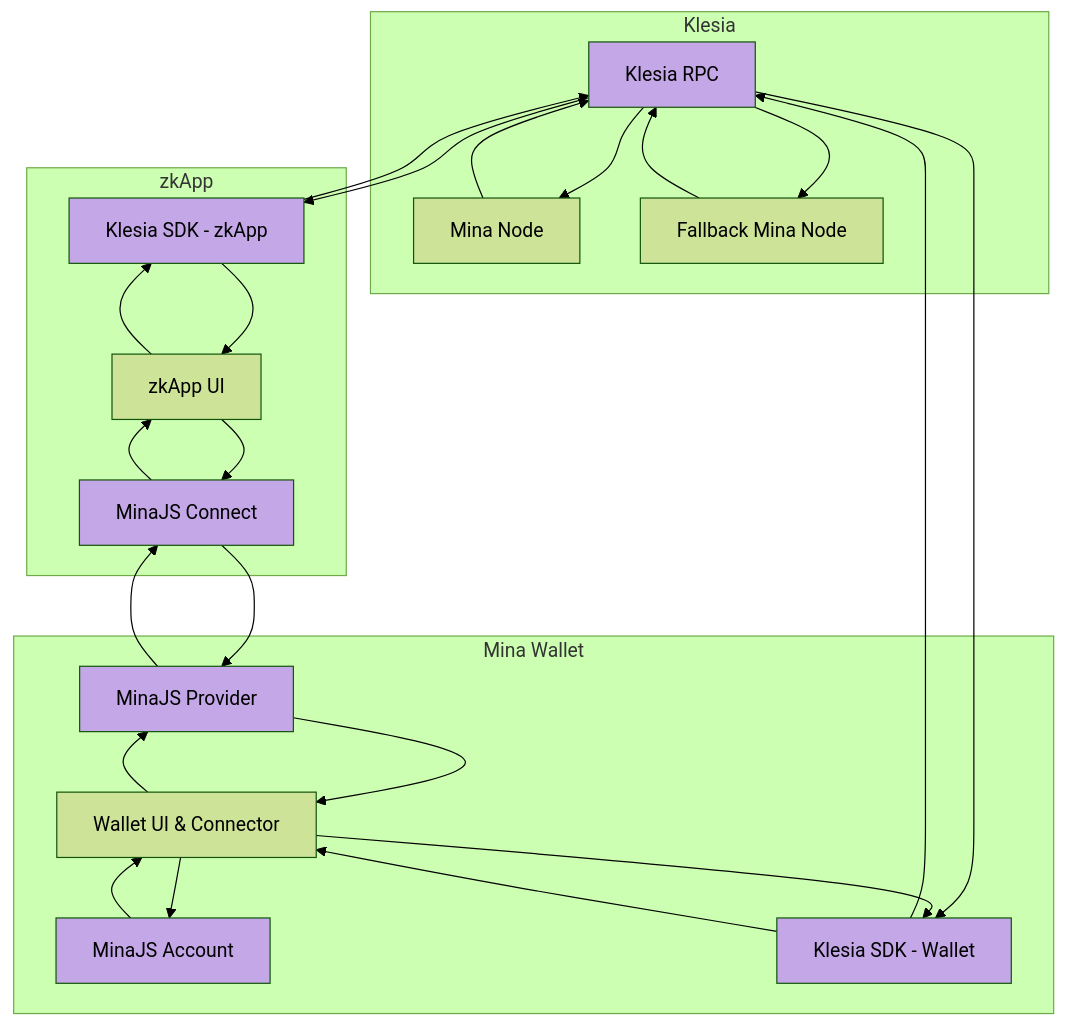
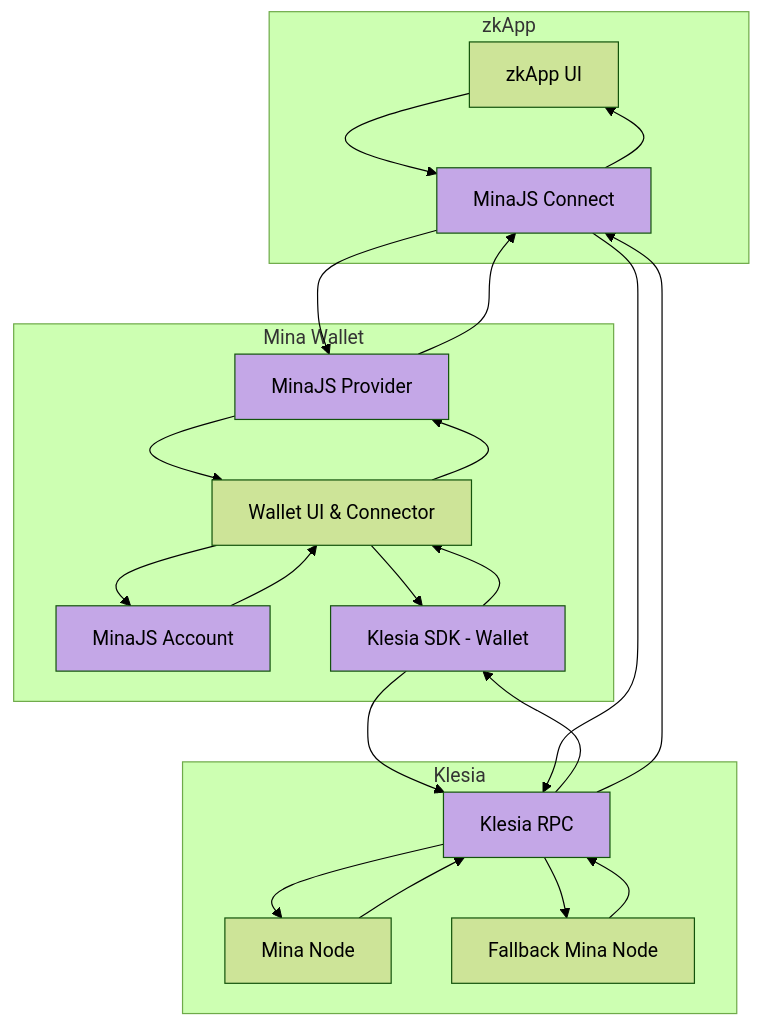
One commit to palladians/mina-js changed the diagram in apps/docs/src/pages/about.mdx. Above: the diagram before and after it, drawn with Mermaid (forest theme). The commit also changed 17 other files, not shown here.

````diff
--- a/apps/docs/src/pages/about.mdx
+++ b/apps/docs/src/pages/about.mdx
@@ -22,33 +22,31 @@
 ```mermaid
 graph TD
   classDef MinaJS fill:#C4A7E7,color:#000000
 
-  subgraph Klesia
-  G[Klesia RPC]:::MinaJS --> H[Mina Node]
-  H[Mina Node] --> G[Klesia RPC]
-  G[Klesia RPC]:::MinaJS --> J[Fallback Mina Node]
-  J[Fallback Mina Node] --> G[Klesia RPC]
-  end
-
   subgraph zkApp
   B[zkApp UI] --> C[MinaJS Connect]
   C[MinaJS Connect]:::MinaJS --> B[zkApp UI]
-  B[zkApp UI] --> I1[Klesia SDK - zkApp]
-  I1[Klesia SDK - zkApp]:::MinaJS --> G[Klesia RPC]
-  I1[Klesia SDK - zkApp]:::MinaJS --> B[zkApp UI]
-  G[Klesia RPC]:::MinaJS --> I1[Klesia SDK - zkApp]
   end
 
   subgraph Mina Wallet
   C[MinaJS Connect]:::MinaJS --> D[MinaJS Provider]
   D[MinaJS Provider]:::MinaJS --> C[MinaJS Connect]
   D[MinaJS Provider]:::MinaJS --> E[Wallet UI & Connector]
   E[Wallet UI & Connector] --> D[MinaJS Provider]
   E[Wallet UI & Connector] --> F[MinaJS Account]
   F[MinaJS Account]:::MinaJS --> E[Wallet UI & Connector]
-  I2[Klesia SDK - Wallet]:::MinaJS --> G[Klesia RPC]
-  G[Klesia RPC]:::MinaJS --> I2[Klesia SDK - Wallet]
   E[Wallet UI & Connector] --> I2[Klesia SDK - Wallet]
   I2[Klesia SDK - Wallet]:::MinaJS --> E[Wallet UI & Connector]
   end
+
+  subgraph Klesia
+  I2[Klesia SDK - Wallet]:::MinaJS --> G[Klesia RPC]
+  G[Klesia RPC]:::MinaJS --> H[Mina Node]
+  H[Mina Node] --> G[Klesia RPC]
+  G[Klesia RPC]:::MinaJS --> J[Fallback Mina Node]
+  J[Fallback Mina Node] --> G[Klesia RPC]
+  G[Klesia RPC]:::MinaJS --> I2[Klesia SDK - Wallet]
+  C[MinaJS Connect]:::MinaJS --> G[Klesia RPC]
+  G[Klesia RPC] --> C[MinaJS Connect]
+  end
 ```
````
